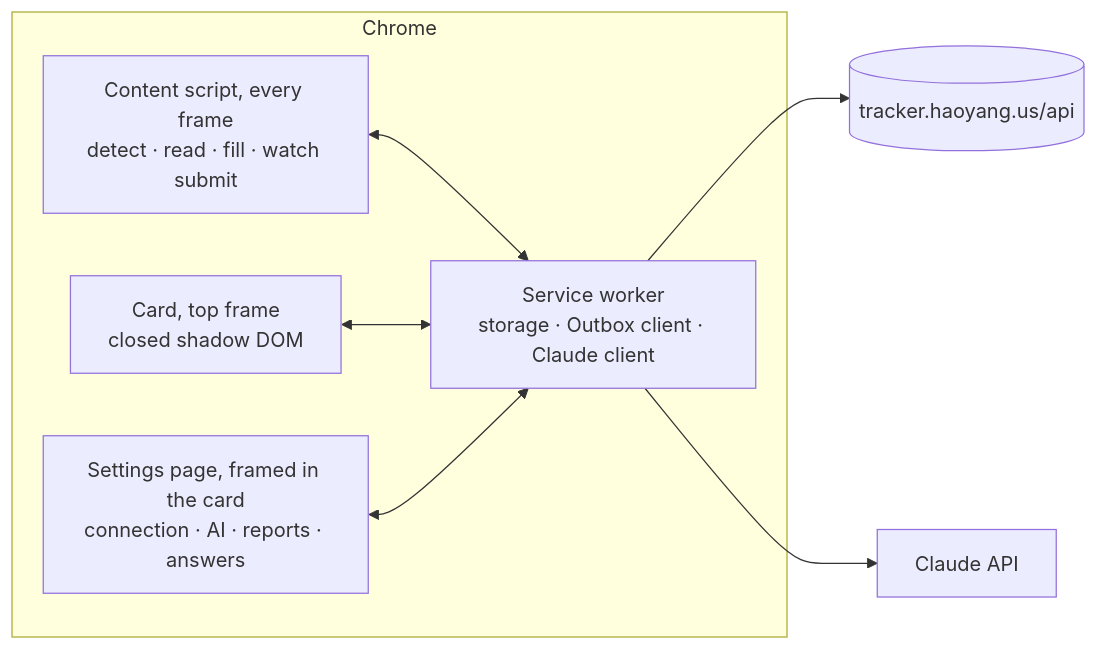
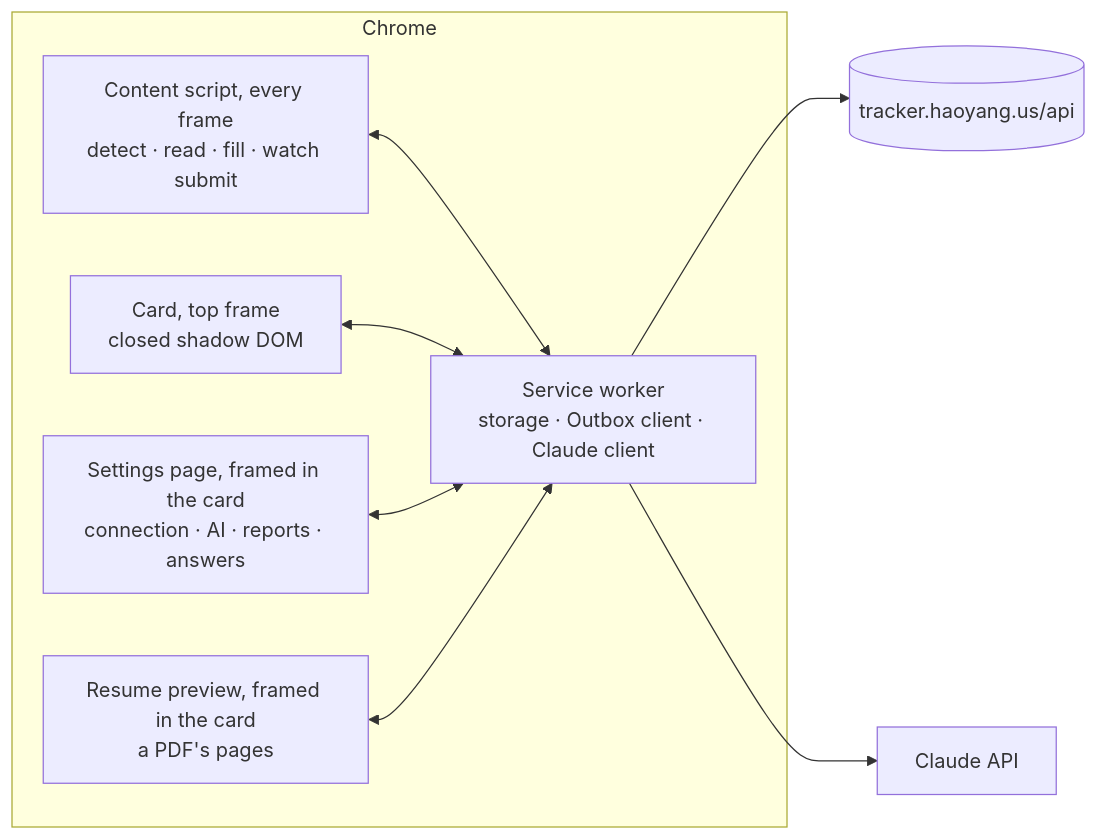
Before and after one commit to heyemlee/work-tracker: the diagram in docs/autofill.md, drawn with Mermaid. The commit also changed other lines of this file and 24 other files, not shown here.

First line of the commit message:
Show a resume's pages from the card, before it's sent

````diff
--- a/docs/autofill.md
+++ b/docs/autofill.md
@@ -64,16 +65,18 @@
 ```mermaid
 flowchart LR
   subgraph chrome["Chrome"]
     cs["Content script, every frame<br/>detect · read · fill · watch submit"]
     card["Card, top frame<br/>closed shadow DOM"]
     bg["Service worker<br/>storage · Outbox client · Claude client"]
     opts["Settings page, framed in the card<br/>connection · AI · reports · answers"]
+    look["Resume preview, framed in the card<br/>a PDF's pages"]
   end
   outbox[("tracker.haoyang.us/api")]
   claude["Claude API"]
   cs <--> bg
   card <--> bg
   opts <--> bg
+  look <--> bg
   bg --> outbox
   bg --> claude
 ```
````
